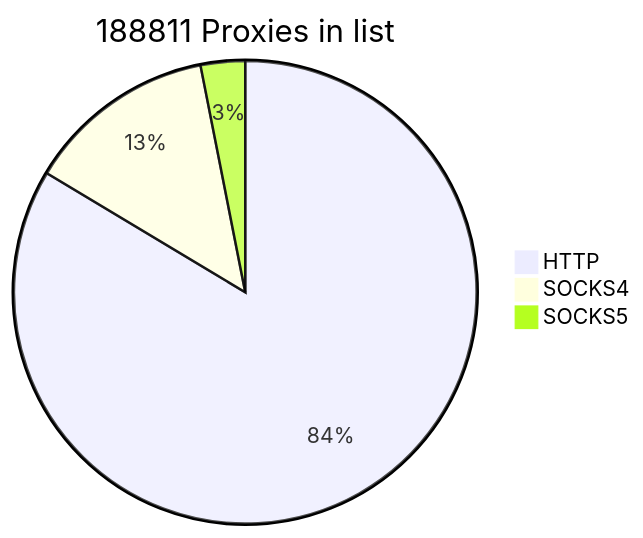
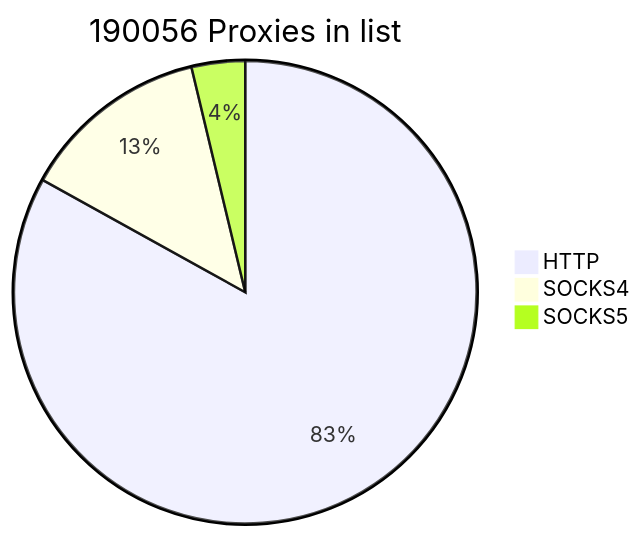
Before and after one commit to cutipu/proxylist: the first of 2 diagrams in README.md, drawn with Mermaid. The commit also changed other lines of this file, not shown here.

````diff
--- a/README.md
+++ b/README.md
@@ -2,7 +2,7 @@
 ```mermaid
-pie title 188811 Proxies in list
+pie title 190056 Proxies in list
     "HTTP" : 157852
-    "SOCKS4" : 25106
-    "SOCKS5" : 5853
+    "SOCKS4" : 25105
+    "SOCKS5" : 7099
             
 ```
````
